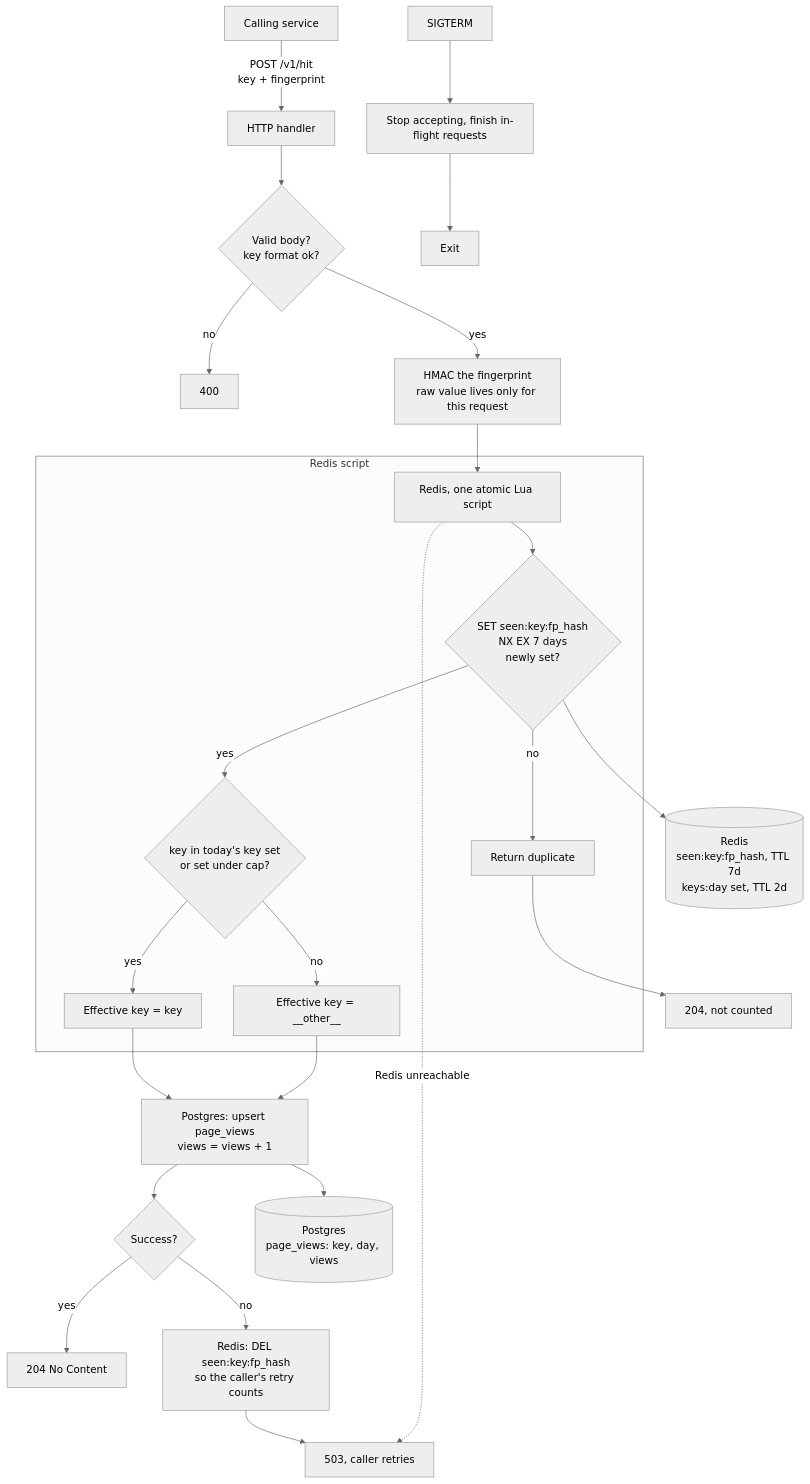
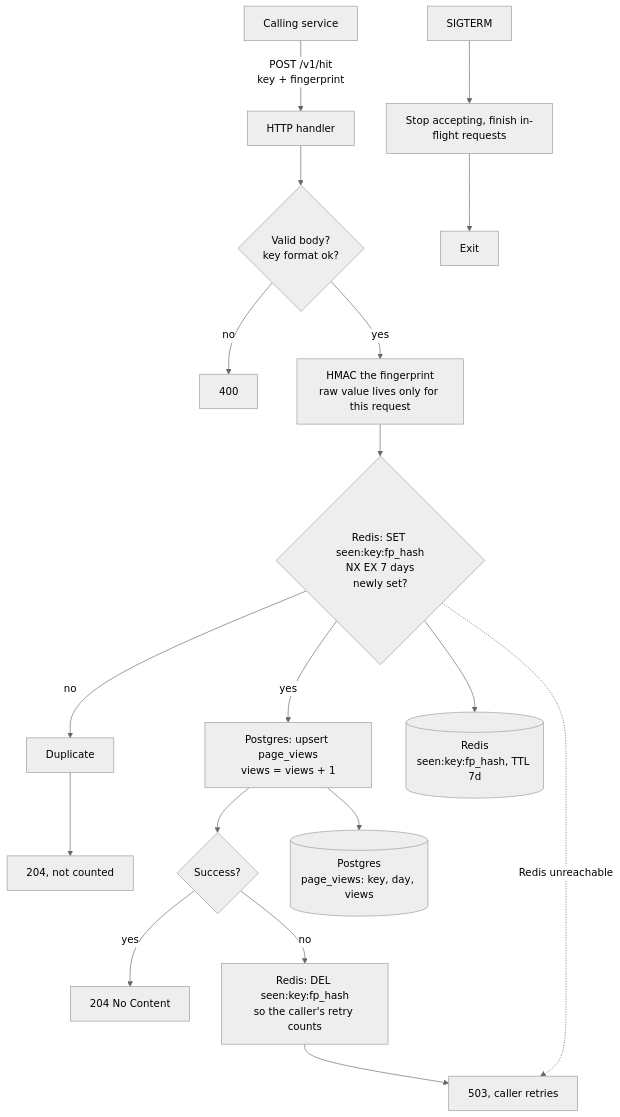
Before and after one commit to oshanz/view-counter: the diagram in docs/write-path.md, drawn with Mermaid (neutral theme). The commit also changed other lines of this file and 2 other files, not shown here.

Commit message:
Cache view totals and series in Redis on the read path; update write path; add ADR

````diff
--- a/docs/write-path.md
+++ b/docs/write-path.md
@@ -9,31 +9,23 @@
 ```mermaid
 flowchart TD
     C[Calling service] -->|POST /v1/hit<br/>key + fingerprint| H[HTTP handler]
     H --> V{Valid body?<br/>key format ok?}
     V -- no --> E[400]
     V -- yes --> FP[HMAC the fingerprint<br/>raw value lives only for this request]
-    FP --> LUA[Redis, one atomic Lua script]
-
-    subgraph Redis script
-        LUA --> NX{SET seen:key:fp_hash<br/>NX EX 7 days<br/>newly set?}
-        NX -- no --> DUP[Return duplicate]
-        NX -- yes --> CAPK{key in today's key set<br/>or set under cap?}
-        CAPK -- yes --> EK[Effective key = key]
-        CAPK -- no --> EO[Effective key = __other__]
-    end
+    FP --> NX{Redis: SET seen:key:fp_hash<br/>NX EX 7 days<br/>newly set?}
+    NX -- no --> DUP[Duplicate]
+    NX -- yes --> UP[Postgres: upsert page_views<br/>views = views + 1]
 
     DUP --> R204[204, not counted]
-    EK --> UP
-    EO --> UP[Postgres: upsert page_views<br/>views = views + 1]
     UP --> OK{Success?}
     OK -- yes --> R204b[204 No Content]
     OK -- no --> COMP[Redis: DEL seen:key:fp_hash<br/>so the caller's retry counts]
     COMP --> E503[503, caller retries]
 
-    LUA -. Redis unreachable .-> E503
+    NX -. Redis unreachable .-> E503
 
     UP --> PG[(Postgres<br/>page_views: key, day, views)]
-    NX --> RD[(Redis<br/>seen:key:fp_hash, TTL 7d<br/>keys:day set, TTL 2d)]
+    NX --> RD[(Redis<br/>seen:key:fp_hash, TTL 7d)]
 
     SIG[SIGTERM] --> STOP[Stop accepting, finish in-flight requests] --> EXIT[Exit]
 ```
````
